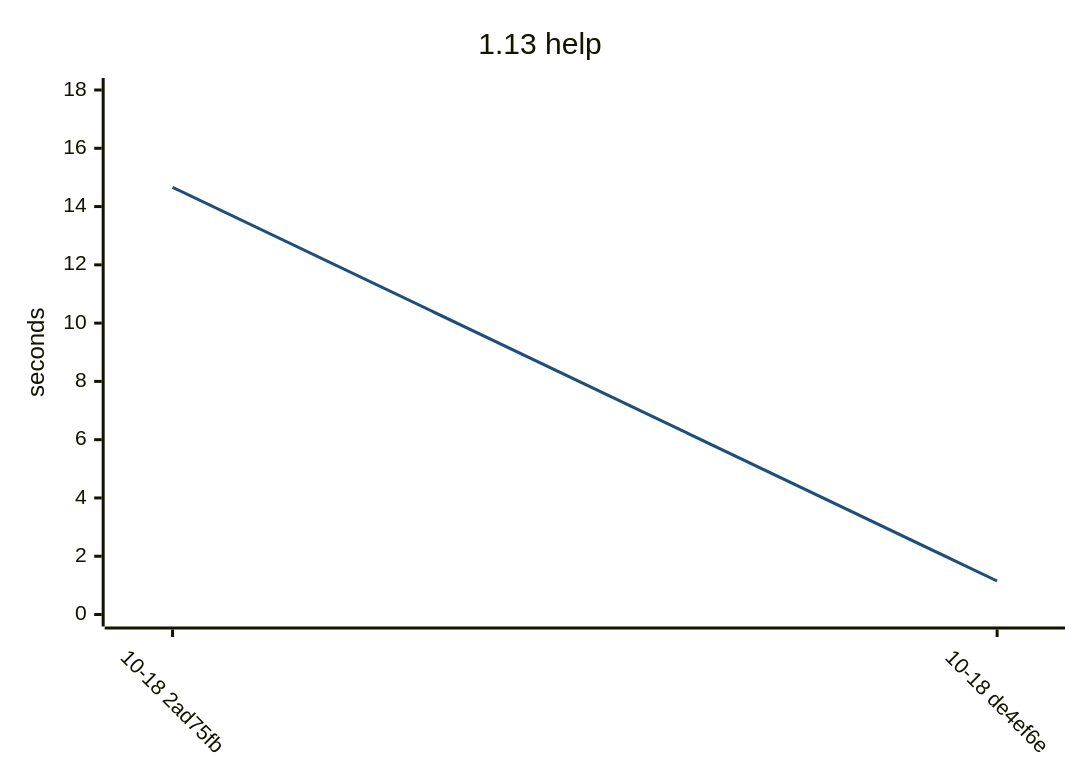
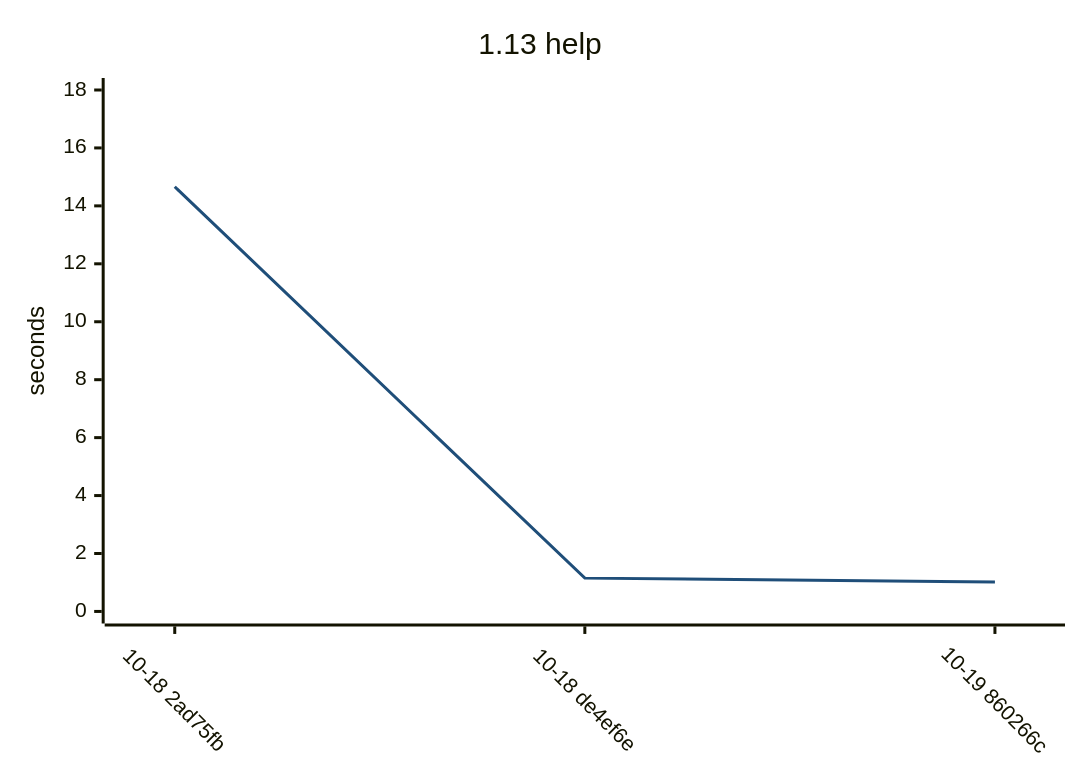
Before and after one commit to yamanori99/DistSSHQueue.jl: the first of 15 diagrams in README.md, drawn with Mermaid. The commit also changed other lines of this file and 1 other file, not shown here.

````diff
--- a/README.md
+++ b/README.md
@@ -26,17 +28,17 @@
 ```mermaid
 ---
 config:
   theme: base
   themeVariables:
     xyChart:
       plotColorPalette: "#1f4e79"
   xyChart:
     xAxis:
       labelRotation: 45
 ---
 xychart-beta
     title "1.13 help"
-    x-axis ["10-18 2ad75fb", "10-18 de4ef6e"]
+    x-axis ["10-18 2ad75fb", "10-18 de4ef6e", "10-19 860266c"]
     y-axis "seconds" 0 --> 18
-    line [14.66, 1.15]
+    line [14.66, 1.15, 1.02]
 ```
````
